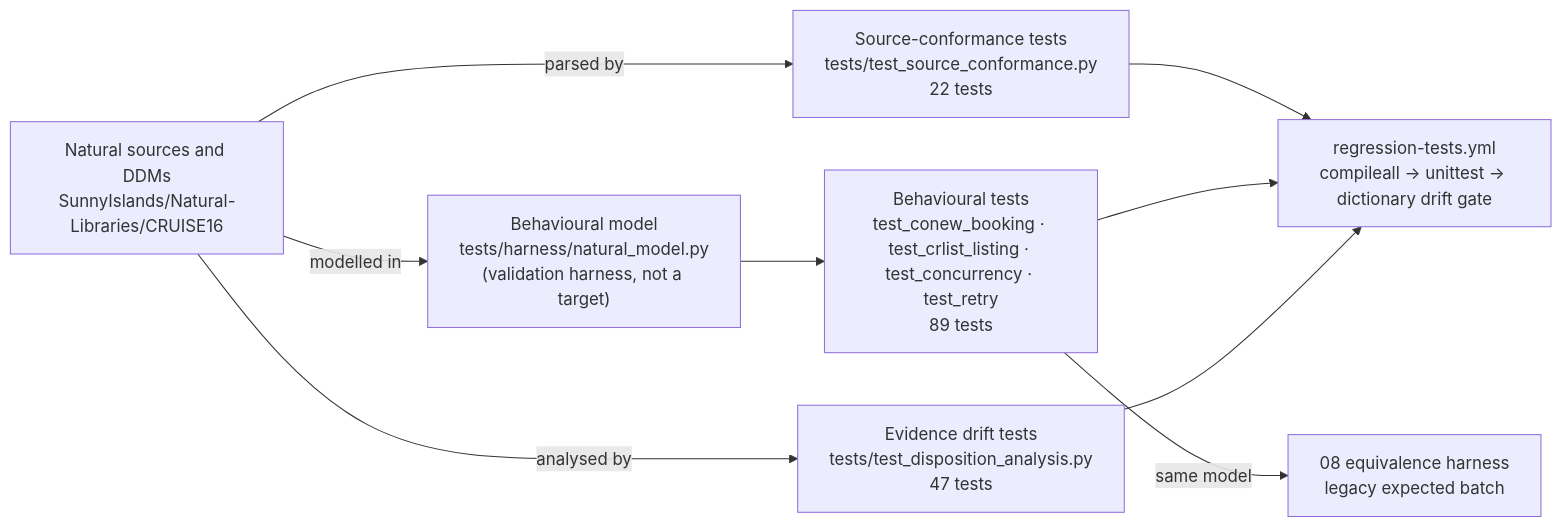
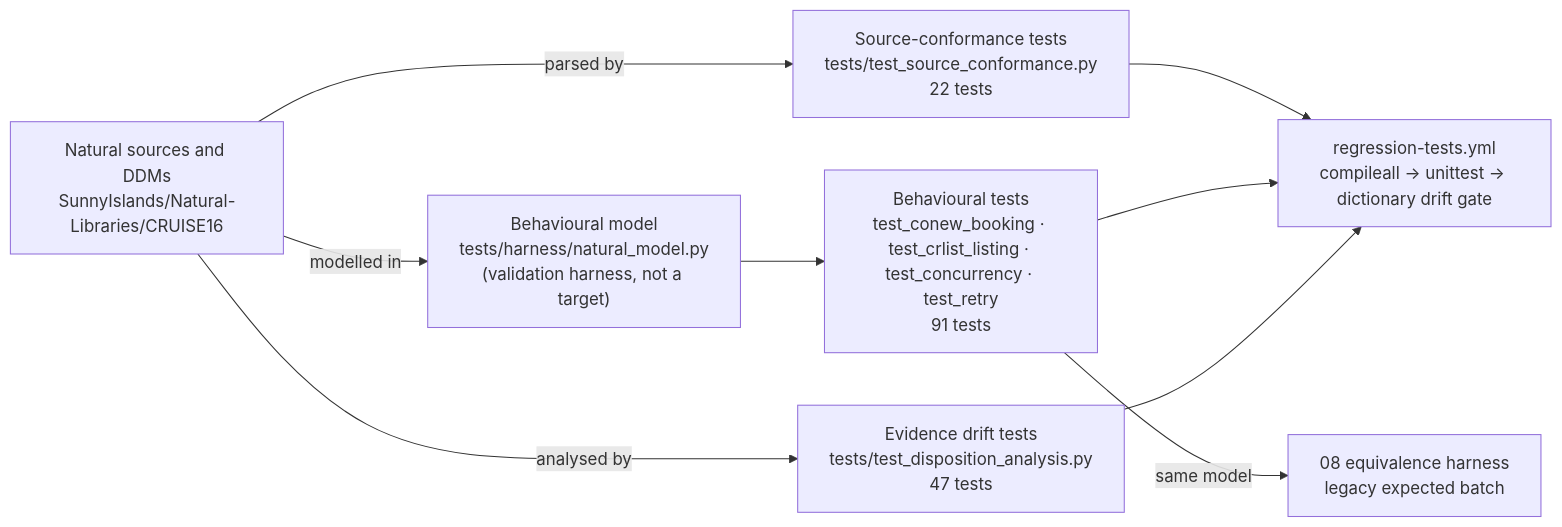
One commit to COG-GTM/ADABAS-natural-for-ajax-devops-sample-application changed the diagram in fpps-hcm-modernization-deliverable/09-unit-test-regression-jcl-runcompare/test-generation-approach.md. Above: the diagram before and after it, drawn with Mermaid. The commit also changed other lines of this file and 7 other files, not shown here.

````diff
--- a/fpps-hcm-modernization-deliverable/09-unit-test-regression-jcl-runcompare/test-generation-approach.md
+++ b/fpps-hcm-modernization-deliverable/09-unit-test-regression-jcl-runcompare/test-generation-approach.md
@@ -35,9 +35,9 @@
 ```mermaid
 flowchart LR
     SRC["Natural sources and DDMs<br/>SunnyIslands/Natural-Libraries/CRUISE16"] -->|"parsed by"| CONF["Source-conformance tests<br/>tests/test_source_conformance.py<br/>22 tests"]
     SRC -->|"modelled in"| MODEL["Behavioural model<br/>tests/harness/natural_model.py<br/>(validation harness, not a target)"]
-    MODEL --> BEH["Behavioural tests<br/>test_conew_booking · test_crlist_listing · test_concurrency · test_retry<br/>89 tests"]
+    MODEL --> BEH["Behavioural tests<br/>test_conew_booking · test_crlist_listing · test_concurrency · test_retry<br/>91 tests"]
     SRC -->|"analysed by"| DISP["Evidence drift tests<br/>tests/test_disposition_analysis.py<br/>47 tests"]
     CONF & BEH & DISP --> CI["regression-tests.yml<br/>compileall → unittest → dictionary drift gate"]
     BEH -->|"same model"| EQ["08 equivalence harness<br/>legacy expected batch"]
 ```
````
